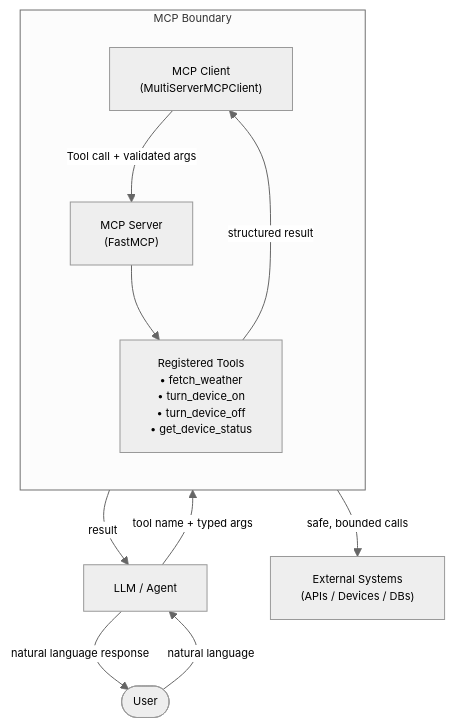
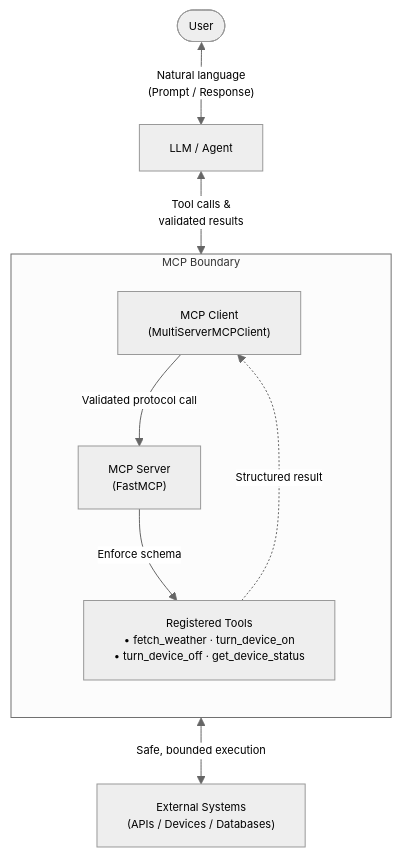
Before and after one commit to the-write-path-code/ch08-model-context-protocol: the second of 8 diagrams in workflow/workflow.md, drawn with Mermaid. The commit also changed other lines of this file, not shown here.

Commit message:
docs: sync optimized production-ready Mermaid diagrams for MCP boundary and architecture

````diff
--- a/workflow/workflow.md
+++ b/workflow/workflow.md
@@ -43,24 +43,21 @@
 ```mermaid
 %%{init: {"theme": "neutral", "themeVariables": {"fontFamily": "Arial, Helvetica, sans-serif", "fontSize": "11px", "actorFontSize": "11px", "noteFontSize": "10px", "messageFontSize": "10px"}}}%%
 flowchart TD
-    U(["User"])
-    LLM["LLM / Agent"]
+    U(["User"]) <-->|"Natural language\n(Prompt / Response)"| LLM["LLM / Agent"]
+    LLM <-->|"Tool calls &\nvalidated results"| MCPClient
 
     subgraph MCP_BOUNDARY ["MCP Boundary"]
         direction TB
         MCPClient["MCP Client\n(MultiServerMCPClient)"]
         MCPServer["MCP Server\n(FastMCP)"]
-        Tools["Registered Tools\n• fetch_weather\n• turn_device_on\n• turn_device_off\n• get_device_status"]
-        MCPClient -->|"Tool call + validated args"| MCPServer
-        MCPServer --> Tools
+        Tools["Registered Tools\n• fetch_weather · turn_device_on\n• turn_device_off · get_device_status"]
+        
+        MCPClient -->|"Validated protocol call"| MCPServer
+        MCPServer -->|"Enforce schema"| Tools
+        Tools -.->|"Structured result"| MCPClient
     end
 
-    ExtSys["External Systems\n(APIs / Devices / DBs)"]
+    ExtSys["External Systems\n(APIs / Devices / Databases)"]
 
-    U -->|natural language| LLM
-    LLM -->|"tool name + typed args"| MCPClient
-    Tools -->|"structured result"| MCPClient
-    MCPClient -->|"result"| LLM
-    LLM -->|"natural language response"| U
-    Tools -->|"safe, bounded calls"| ExtSys
+    Tools <-->|"Safe, bounded execution"| ExtSys
 ```
````
